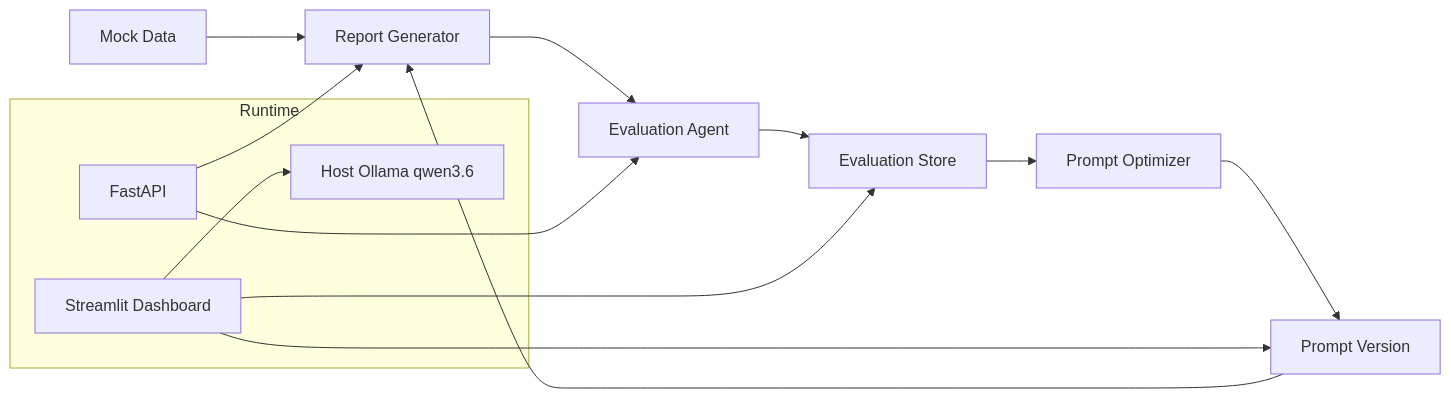
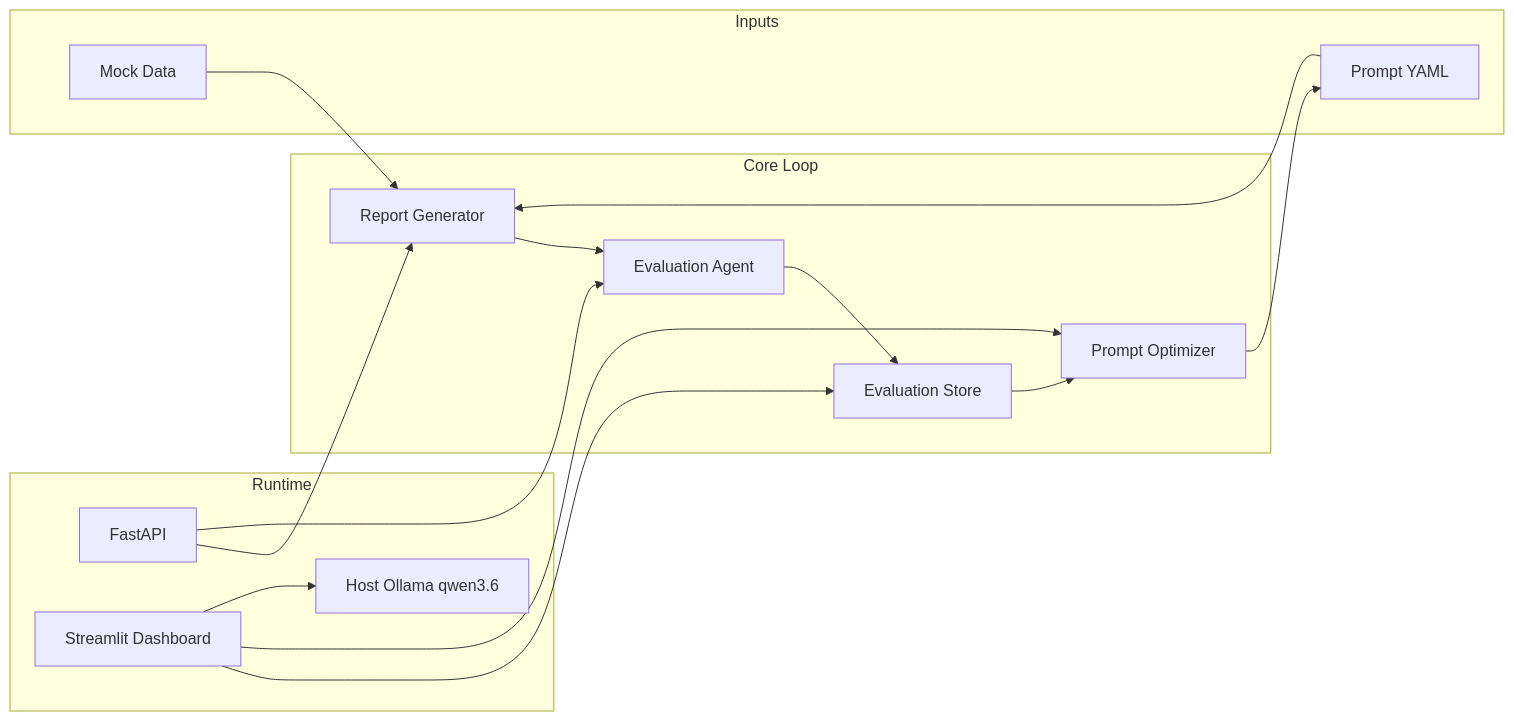
One commit to Starlight258/llm-eval-loop changed the diagram in README.md. Above: the diagram before and after it, drawn with Mermaid. The commit also changed other lines of this file, not shown here.

Commit message:
docs(readme): README 문구와 아키텍처 정리

````diff
--- a/README.md
+++ b/README.md
@@ -24,21 +24,33 @@
 ```mermaid
 flowchart LR
-    A[Mock Data] --> B[Report Generator]
-    B --> C[Evaluation Agent]
-    C --> D[Evaluation Store]
-    D --> E[Prompt Optimizer]
-    E --> F[Prompt Version]
-    F --> B
+    subgraph Inputs["Inputs"]
+        A[Mock Data]
+        B[Prompt YAML]
+    end
 
-    subgraph Runtime
+    subgraph Core["Core Loop"]
+        C[Report Generator]
+        D[Evaluation Agent]
+        E[Evaluation Store]
+        F[Prompt Optimizer]
+    end
+
+    subgraph Runtime["Runtime"]
         G[FastAPI]
         H[Streamlit Dashboard]
         I[Host Ollama qwen3.6]
     end
 
-    G --> B
+    A --> C
+    B --> C
+    C --> D
+    D --> E
+    E --> F
+    F --> B
+
     G --> C
-    H --> D
+    G --> D
+    H --> E
     H --> F
     H --> I
 ```
````
